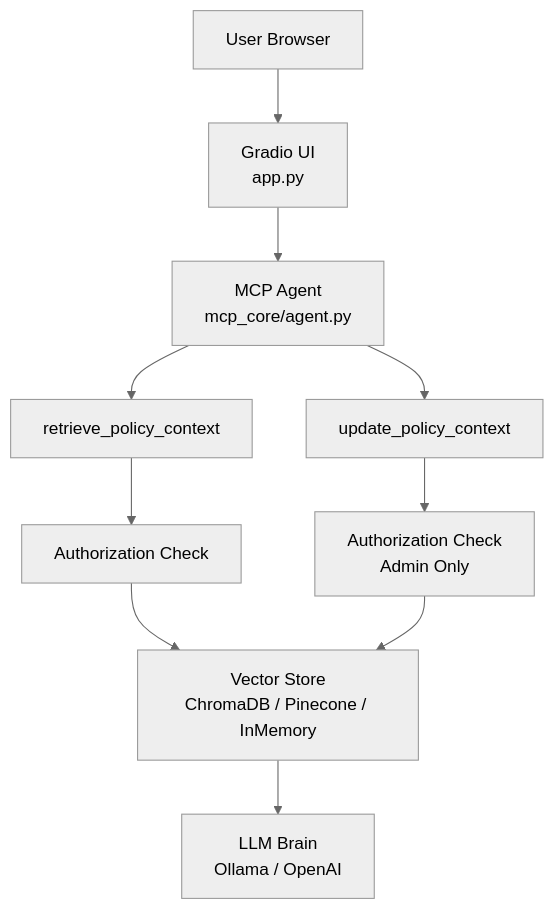
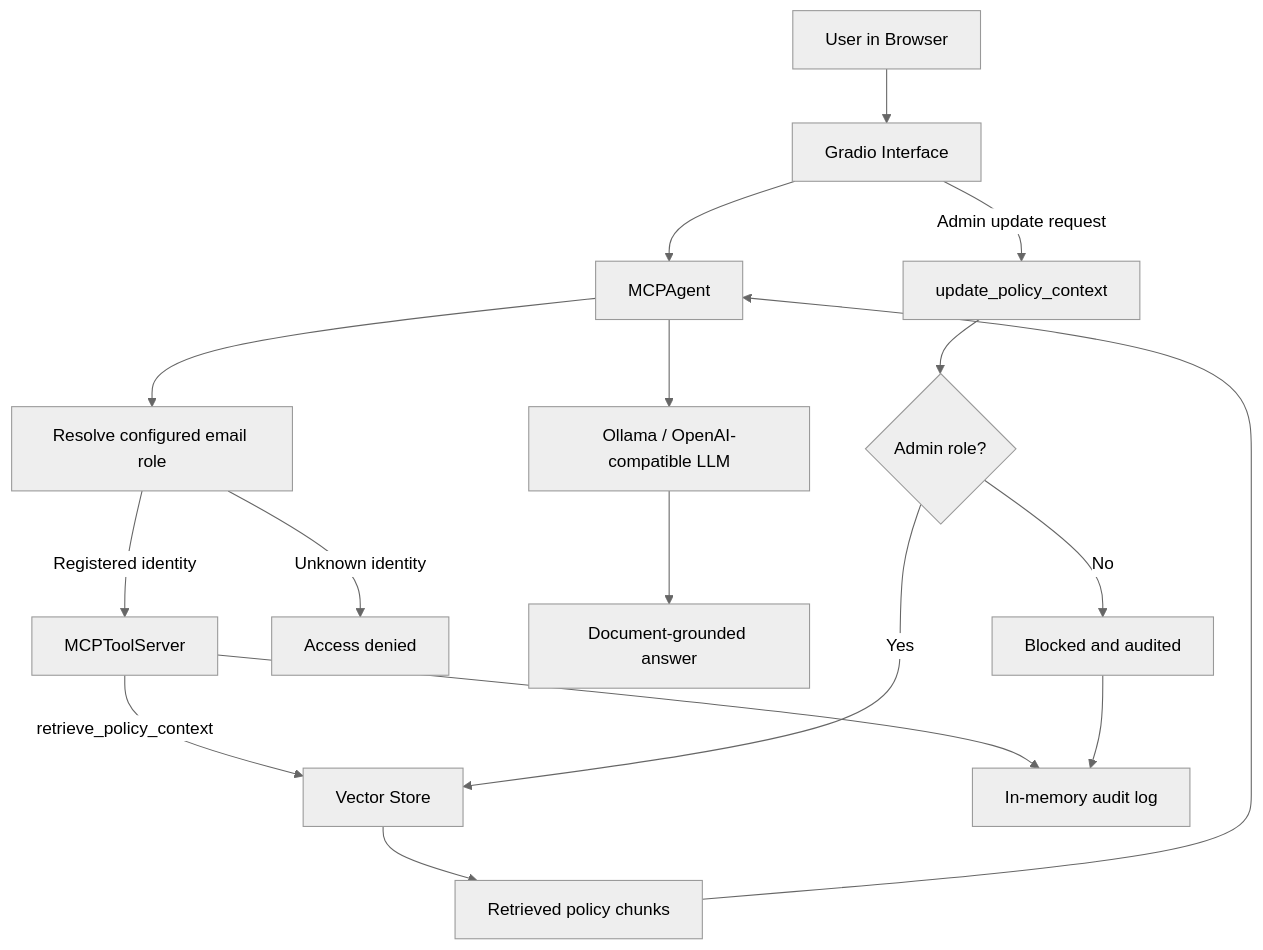
Before and after one commit to shubham-61291/production-ai-engineering: the diagram in 03-mcp-agentic-control-lab/README.md, drawn with Mermaid (neutral theme). The commit also changed other lines of this file, not shown here.

````diff
--- a/03-mcp-agentic-control-lab/README.md
+++ b/03-mcp-agentic-control-lab/README.md
@@ -68,30 +36,19 @@
 ```mermaid
 flowchart TD
-
-A[User Browser]
-B[Gradio UI<br/>app.py]
-C[MCP Agent<br/>mcp_core/agent.py]
-
-D[retrieve_policy_context]
-E[update_policy_context]
-
-F[Authorization Check]
-G[Authorization Check<br/>Admin Only]
-
-H[Vector Store<br/>ChromaDB / Pinecone / InMemory]
-I[LLM Brain<br/>Ollama / OpenAI]
-
-A --> B
-B --> C
-
-C --> D
-C --> E
-
-D --> F
-E --> G
-
-F --> H
-G --> H
-
-H --> I
+    U[User in Browser] --> UI[Gradio Interface]
+    UI --> AG[MCPAgent]
+    AG --> ID[Resolve configured email role]
+    ID -->|Registered identity| T[MCPToolServer]
+    ID -->|Unknown identity| DENY[Access denied]
+    T -->|retrieve_policy_context| V[Vector Store]
+    V --> C[Retrieved policy chunks]
+    C --> AG
+    AG --> LLM[Ollama / OpenAI-compatible LLM]
+    LLM --> A[Document-grounded answer]
+    UI -->|Admin update request| UP[update_policy_context]
+    UP --> AUTH{Admin role?}
+    AUTH -->|Yes| V
+    AUTH -->|No| BLOCK[Blocked and audited]
+    T --> LOG[In-memory audit log]
+    BLOCK --> LOG
 ```
````
